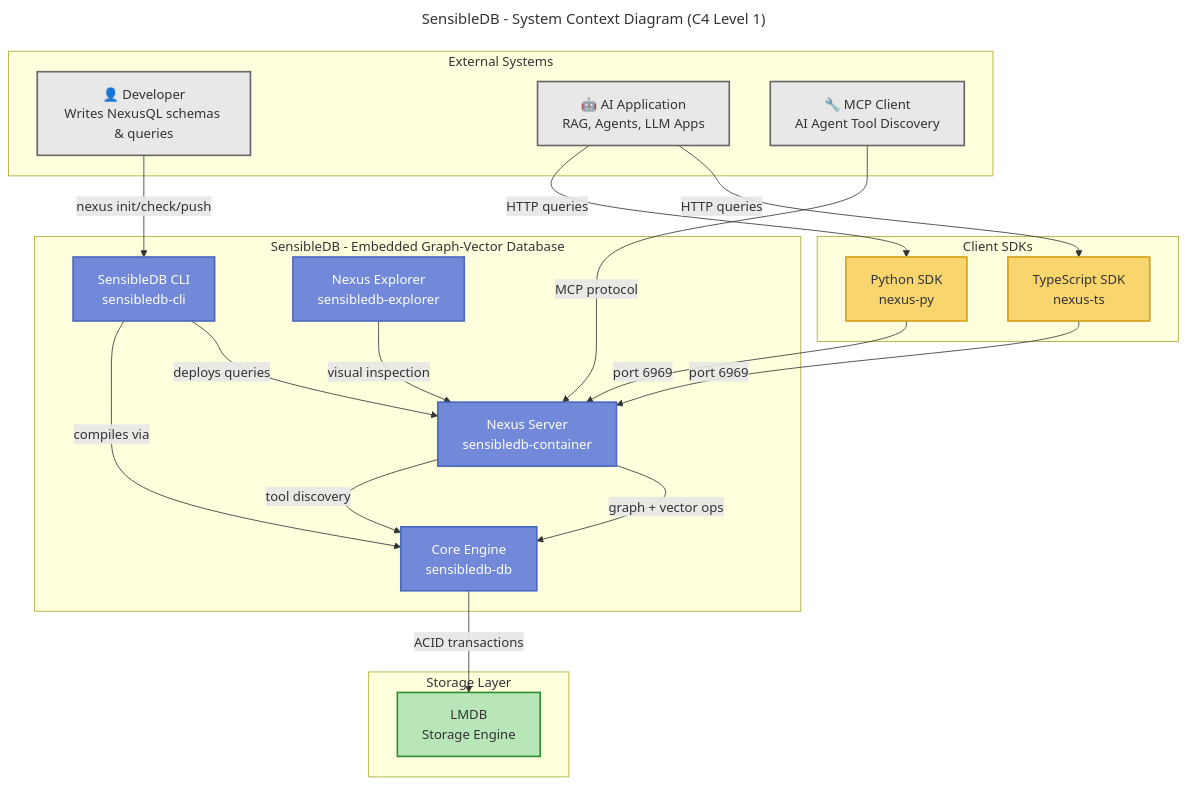
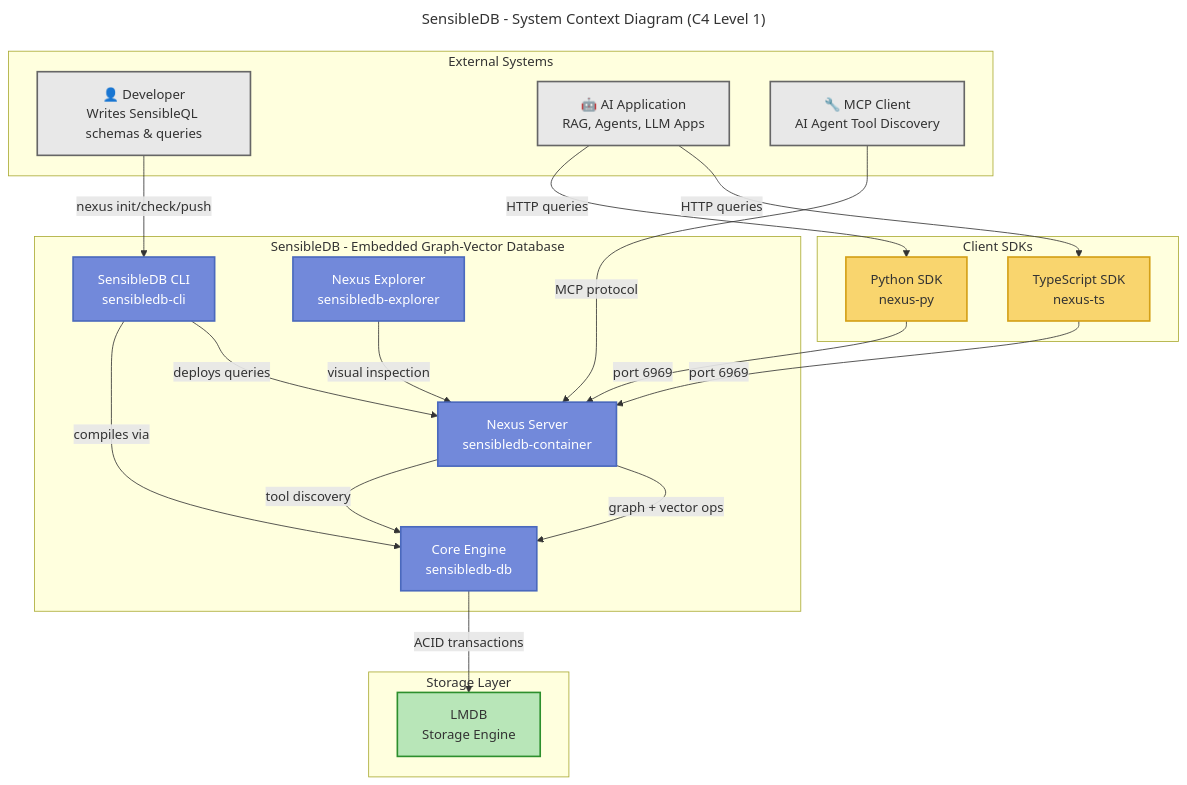
The diagram in docs/architecture/diagrams/system-context.mmd (Sensible-Analytics/SensibleDB), drawn with Mermaid before and after one commit. The commit also changed 435 other files, not shown here.

```diff
--- a/docs/architecture/diagrams/system-context.mmd
+++ b/docs/architecture/diagrams/system-context.mmd
@@ -1,53 +1,53 @@
 ---
 title: SensibleDB - System Context Diagram (C4 Level 1)
 ---
 
 graph TB
     subgraph External["External Systems"]
-        Developer["👤 Developer<br/>Writes NexusQL schemas & queries"]
+        Developer["👤 Developer<br/>Writes SensibleQL schemas & queries"]
         AIApp["🤖 AI Application<br/>RAG, Agents, LLM Apps"]
         MCPClient["🔧 MCP Client<br/>AI Agent Tool Discovery"]
     end
 
     subgraph SensibleDB["SensibleDB - Embedded Graph-Vector Database"]
         CLI["SensibleDB CLI<br/>sensibledb-cli"]
         Server["Nexus Server<br/>sensibledb-container"]
         Engine["Core Engine<br/>sensibledb-db"]
         Explorer["Nexus Explorer<br/>sensibledb-explorer"]
     end
 
     subgraph Storage["Storage Layer"]
         LMDB["LMDB<br/>Storage Engine"]
     end
 
     subgraph SDKs["Client SDKs"]
         TSSDK["TypeScript SDK<br/>nexus-ts"]
         PySDK["Python SDK<br/>nexus-py"]
     end
 
     Developer -->|nexus init/check/push| CLI
     CLI -->|deploys queries| Server
     CLI -->|compiles via| Engine
 
     AIApp -->|HTTP queries| TSSDK
     AIApp -->|HTTP queries| PySDK
     TSSDK -->|port 6969| Server
     PySDK -->|port 6969| Server
 
     Server -->|graph + vector ops| Engine
     Engine -->|ACID transactions| LMDB
 
     MCPClient -->|MCP protocol| Server
     Server -->|tool discovery| Engine
 
     Explorer -->|visual inspection| Server
 
     classDef external fill:#e8e8e8,stroke:#666,stroke-width:2px
     classDef nexus fill:#7289da,stroke:#4a69bd,stroke-width:2px,color:#fff
     classDef storage fill:#b8e6b8,stroke:#2d8f2d,stroke-width:2px
     classDef sdk fill:#f9d56e,stroke:#d4a017,stroke-width:2px
 
     class Developer,AIApp,MCPClient external
     class CLI,Server,Engine,Explorer nexus
     class LMDB storage
     class TSSDK,PySDK sdk
```
